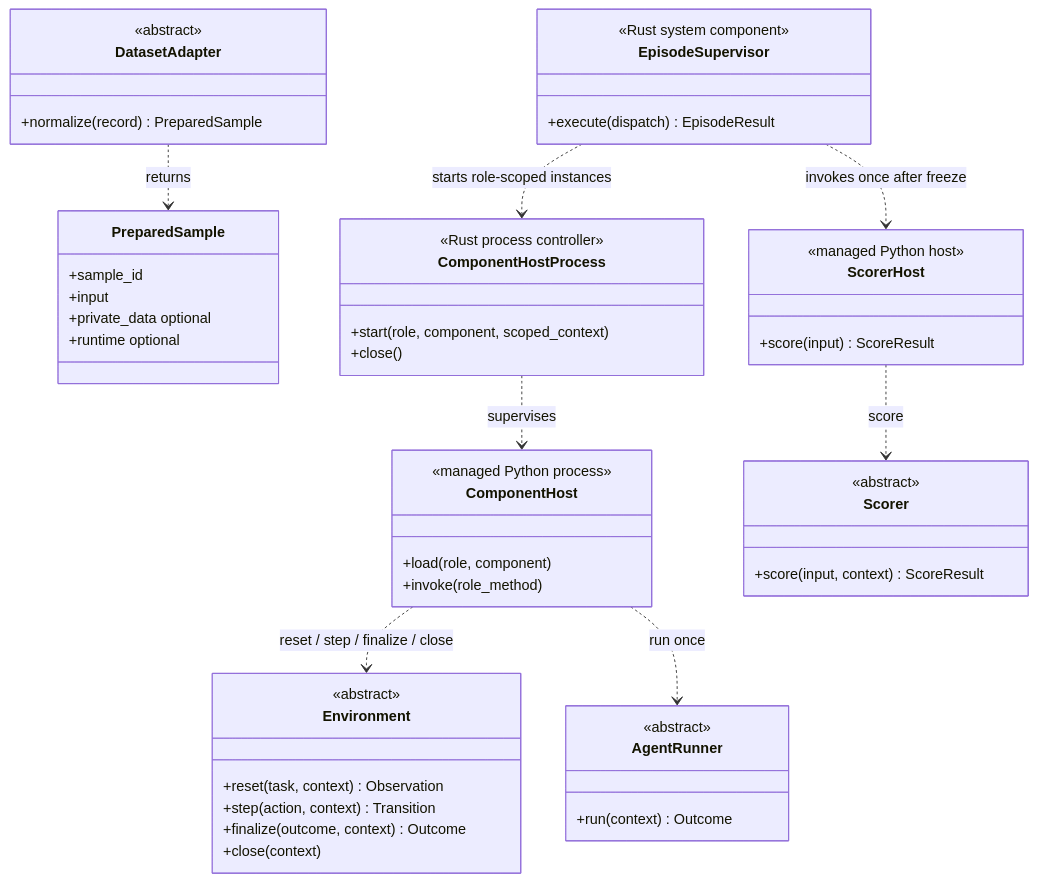
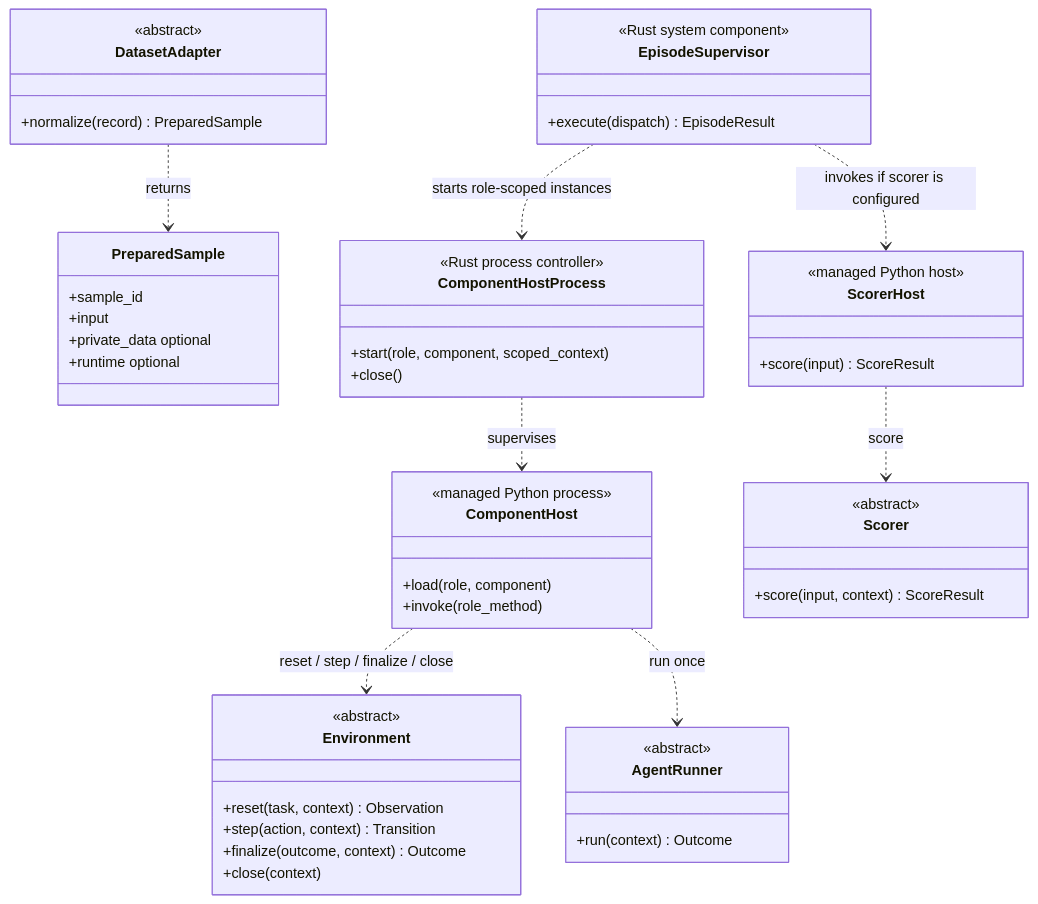
Before and after one commit to audreyyan1015/uenv_design: the second of 4 diagrams in docs/development/reference_implementation.md, drawn with Mermaid. The commit also changed other lines of this file and 65 other files, not shown here.

````diff
--- a/docs/development/reference_implementation.md
+++ b/docs/development/reference_implementation.md
@@ -192,54 +196,54 @@
 ```mermaid
 classDiagram
   direction TB
   class DatasetAdapter {
     <<abstract>>
     +normalize(record) PreparedSample
   }
   class PreparedSample {
     +sample_id
     +input
     +private_data optional
     +runtime optional
   }
   class EpisodeSupervisor {
     <<Rust system component>>
     +execute(dispatch) EpisodeResult
   }
   class ComponentHostProcess {
     <<Rust process controller>>
     +start(role, component, scoped_context)
     +close()
   }
   class ComponentHost {
     <<managed Python process>>
     +load(role, component)
     +invoke(role_method)
   }
   class ScorerHost {
     <<managed Python host>>
     +score(input) ScoreResult
   }
   class Environment {
     <<abstract>>
     +reset(task, context) Observation
     +step(action, context) Transition
     +finalize(outcome, context) Outcome
     +close(context)
   }
   class AgentRunner {
     <<abstract>>
     +run(context) Outcome
   }
   class Scorer {
     <<abstract>>
     +score(input, context) ScoreResult
   }
   DatasetAdapter ..> PreparedSample : returns
   EpisodeSupervisor ..> ComponentHostProcess : starts role-scoped instances
   ComponentHostProcess ..> ComponentHost : supervises
-  EpisodeSupervisor ..> ScorerHost : invokes once after freeze
+  EpisodeSupervisor ..> ScorerHost : invokes if scorer is configured
   ComponentHost ..> Environment : reset / step / finalize / close
   ComponentHost ..> AgentRunner : run once
   ScorerHost ..> Scorer : score
 ```
````
